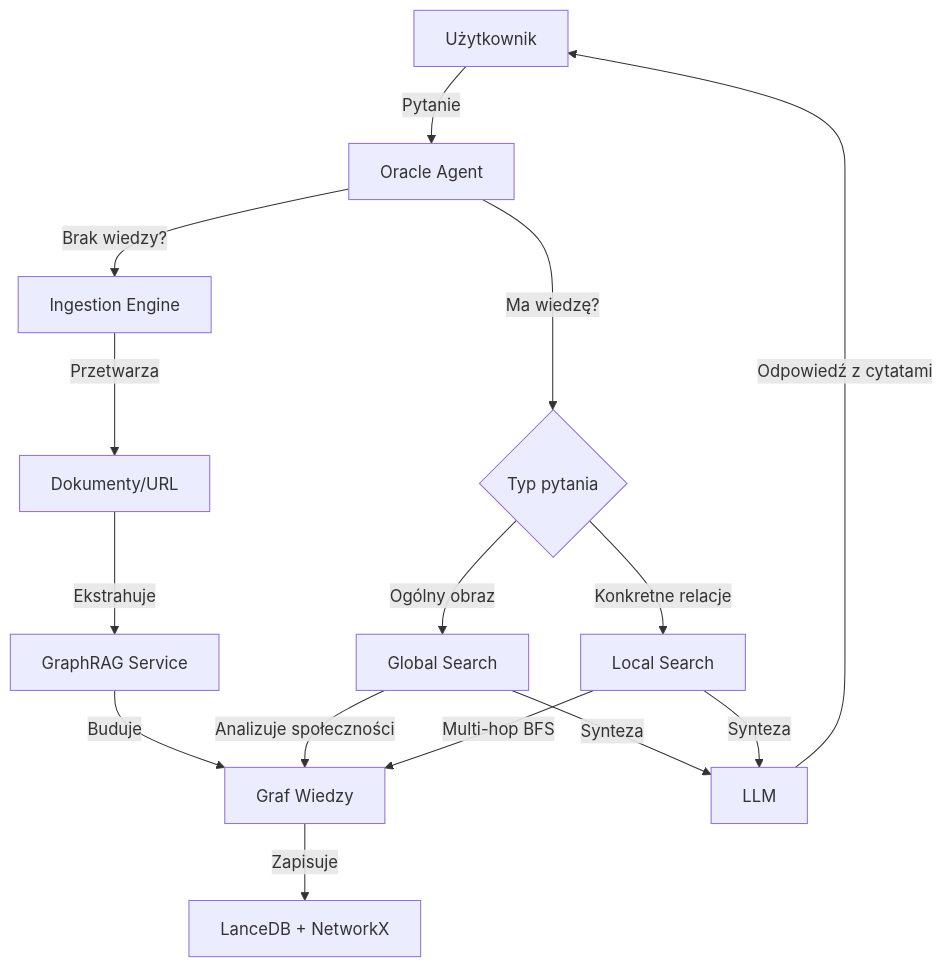
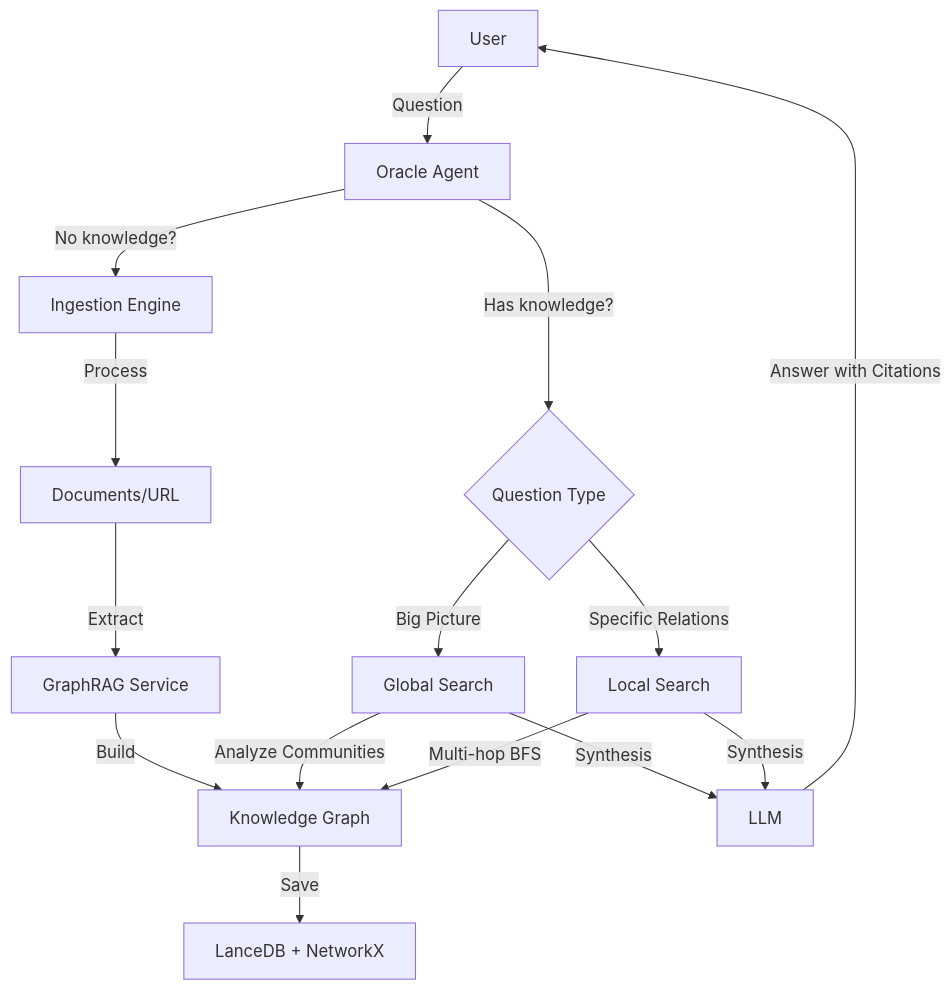
Before and after one commit to mpieniak01/Venom: the diagram in docs/ORACLE_GRAPHRAG_GUIDE.md, drawn with Mermaid. The commit also changed other lines of this file and 300 other files, not shown here.

````diff
--- a/docs/ORACLE_GRAPHRAG_GUIDE.md
+++ b/docs/ORACLE_GRAPHRAG_GUIDE.md
@@ -256,20 +256,20 @@
 ```mermaid
 graph TD
-    A[Użytkownik] -->|Pytanie| B[Oracle Agent]
-    B -->|Brak wiedzy?| C[Ingestion Engine]
-    C -->|Przetwarza| D[Dokumenty/URL]
-    D -->|Ekstrahuje| E[GraphRAG Service]
-    E -->|Buduje| F[Graf Wiedzy]
-    F -->|Zapisuje| G[LanceDB + NetworkX]
+    A[User] -->|Question| B[Oracle Agent]
+    B -->|No knowledge?| C[Ingestion Engine]
+    C -->|Process| D[Documents/URL]
+    D -->|Extract| E[GraphRAG Service]
+    E -->|Build| F[Knowledge Graph]
+    F -->|Save| G[LanceDB + NetworkX]
 
-    B -->|Ma wiedzę?| H{Typ pytania}
-    H -->|Ogólny obraz| I[Global Search]
-    H -->|Konkretne relacje| J[Local Search]
+    B -->|Has knowledge?| H{Question Type}
+    H -->|Big Picture| I[Global Search]
+    H -->|Specific Relations| J[Local Search]
 
-    I -->|Analizuje społeczności| F
+    I -->|Analyze Communities| F
     J -->|Multi-hop BFS| F
 
-    I -->|Synteza| K[LLM]
-    J -->|Synteza| K
-    K -->|Odpowiedź z cytatami| A
+    I -->|Synthesis| K[LLM]
+    J -->|Synthesis| K
+    K -->|Answer with Citations| A
 ```
````
